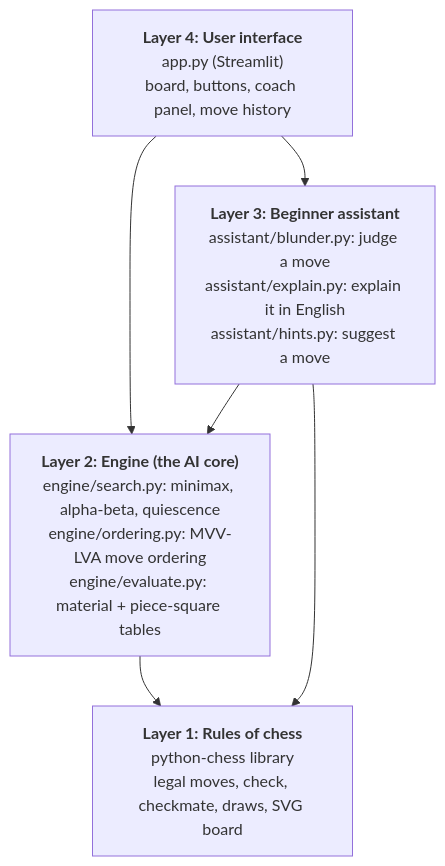
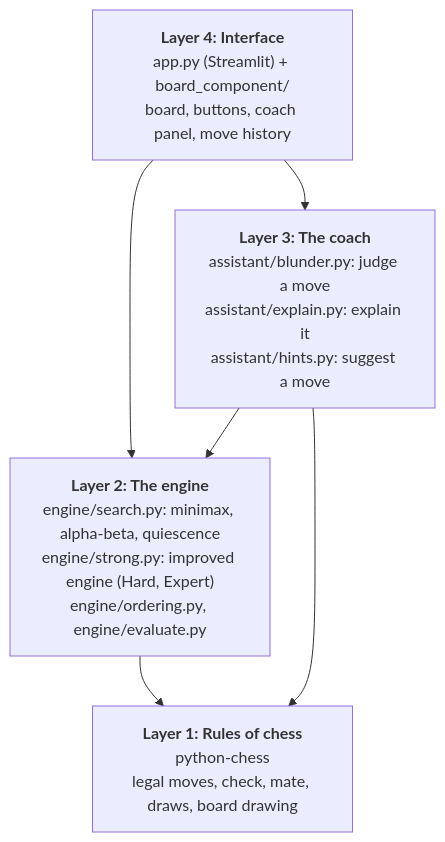
One commit to astrilo-monk/ai-project-clg changed the first of 2 diagrams in docs/JOURNAL.md. Above: the diagram before and after it, drawn with Mermaid. The commit also changed other lines of this file and 25 other files, not shown here.

````diff
--- a/docs/JOURNAL.md
+++ b/docs/JOURNAL.md
@@ -34,12 +28,12 @@
 ```mermaid
 flowchart TB
-    UI["<b>Layer 4: User interface</b><br/>app.py (Streamlit)<br/>board, buttons, coach panel, move history"]
-    AS["<b>Layer 3: Beginner assistant</b><br/>assistant/blunder.py: judge a move<br/>assistant/explain.py: explain it in English<br/>assistant/hints.py: suggest a move"]
-    EN["<b>Layer 2: Engine (the AI core)</b><br/>engine/search.py: minimax, alpha-beta, quiescence<br/>engine/ordering.py: MVV-LVA move ordering<br/>engine/evaluate.py: material + piece-square tables"]
-    RU["<b>Layer 1: Rules of chess</b><br/>python-chess library<br/>legal moves, check, checkmate, draws, SVG board"]
+    UI["<b>Layer 4: Interface</b><br/>app.py (Streamlit) + board_component/<br/>board, buttons, coach panel, move history"]
+    AS["<b>Layer 3: The coach</b><br/>assistant/blunder.py: judge a move<br/>assistant/explain.py: explain it<br/>assistant/hints.py: suggest a move"]
+    EN["<b>Layer 2: The engine</b><br/>engine/search.py: minimax, alpha-beta, quiescence<br/>engine/strong.py: improved engine (Hard, Expert)<br/>engine/ordering.py, engine/evaluate.py"]
+    RU["<b>Layer 1: Rules of chess</b><br/>python-chess<br/>legal moves, check, mate, draws, board drawing"]
     UI --> AS
     UI --> EN
     AS --> EN
     EN --> RU
     AS --> RU
 ```
````
